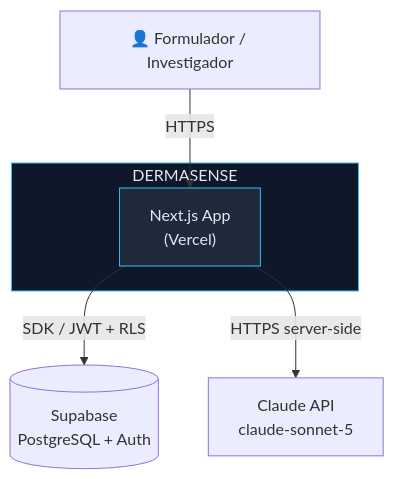
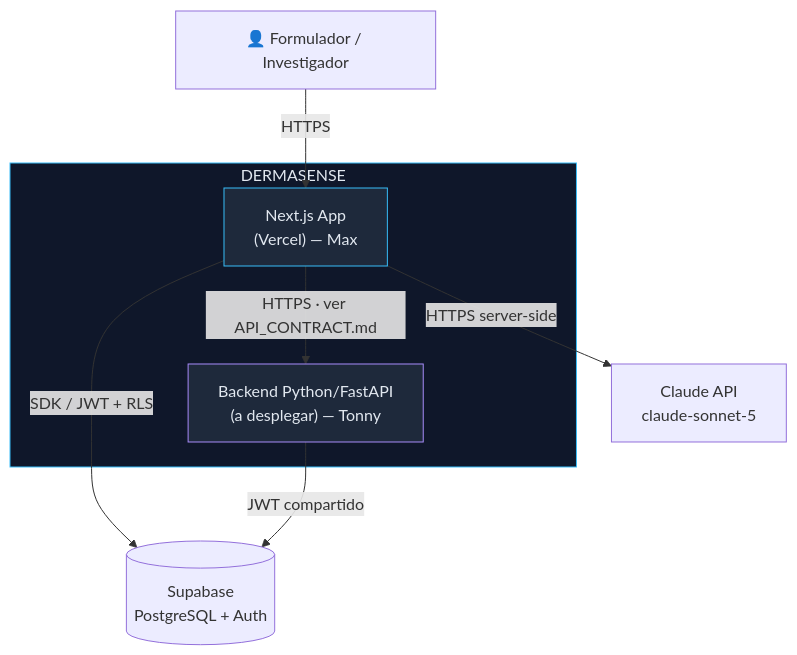
The first of 5 diagrams in docs/ARCHITECTURE.md (waxmorales20-a11y/DERMASENSE), drawn with Mermaid before and after one commit. The commit also changed other lines of this file and 4 other files, not shown here.

````diff
--- a/docs/ARCHITECTURE.md
+++ b/docs/ARCHITECTURE.md
@@ -5,16 +5,20 @@
 ```mermaid
 graph TB
     U["👤 Formulador / Investigador"]
     subgraph DS["DERMASENSE"]
-        APP["Next.js App<br/>(Vercel)"]
+        APP["Next.js App<br/>(Vercel) — Max"]
+        PY["Backend Python/FastAPI<br/>(a desplegar) — Tonny"]
     end
     SB[("Supabase<br/>PostgreSQL + Auth")]
     AI["Claude API<br/>claude-sonnet-5"]
 
     U -->|"HTTPS"| APP
     APP -->|"SDK / JWT + RLS"| SB
     APP -->|"HTTPS server-side"| AI
+    APP -->|"HTTPS · ver API_CONTRACT.md"| PY
+    PY -->|"JWT compartido"| SB
 
     style DS fill:#0f172a,stroke:#38bdf8,color:#e2e8f0
     style APP fill:#1e293b,stroke:#38bdf8,color:#e2e8f0
+    style PY fill:#1e293b,stroke:#a78bfa,color:#e2e8f0
 ```
````
